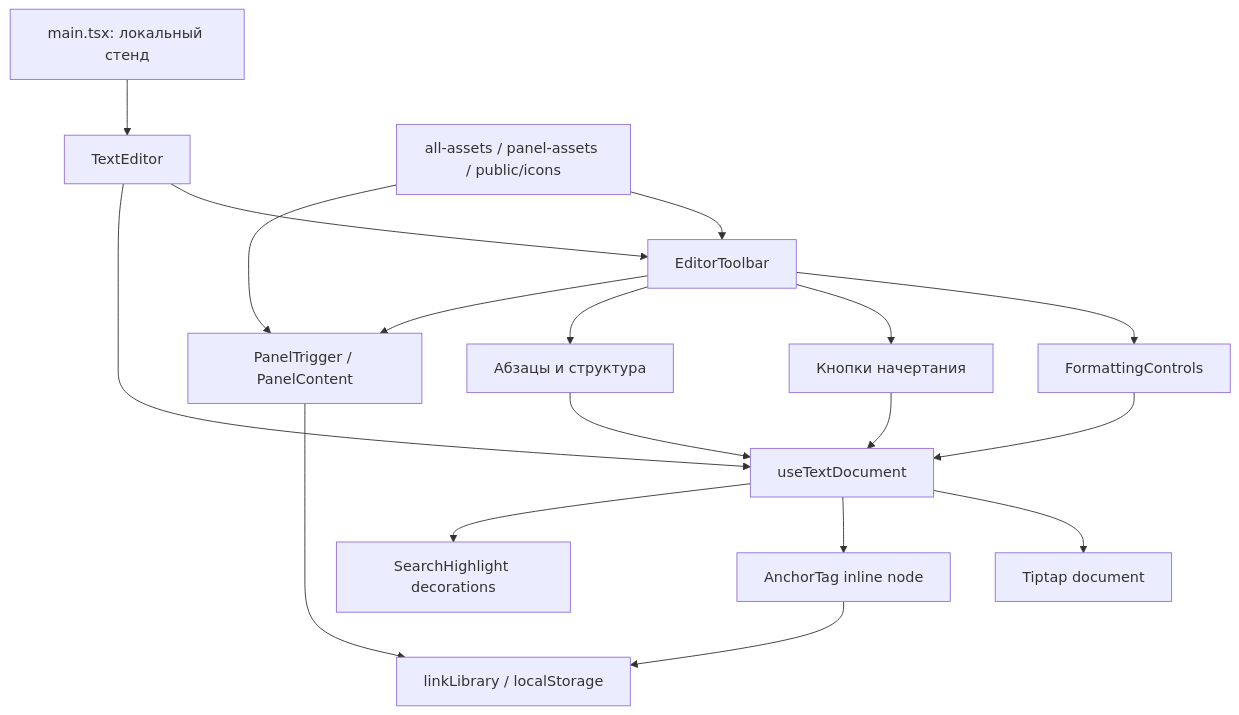
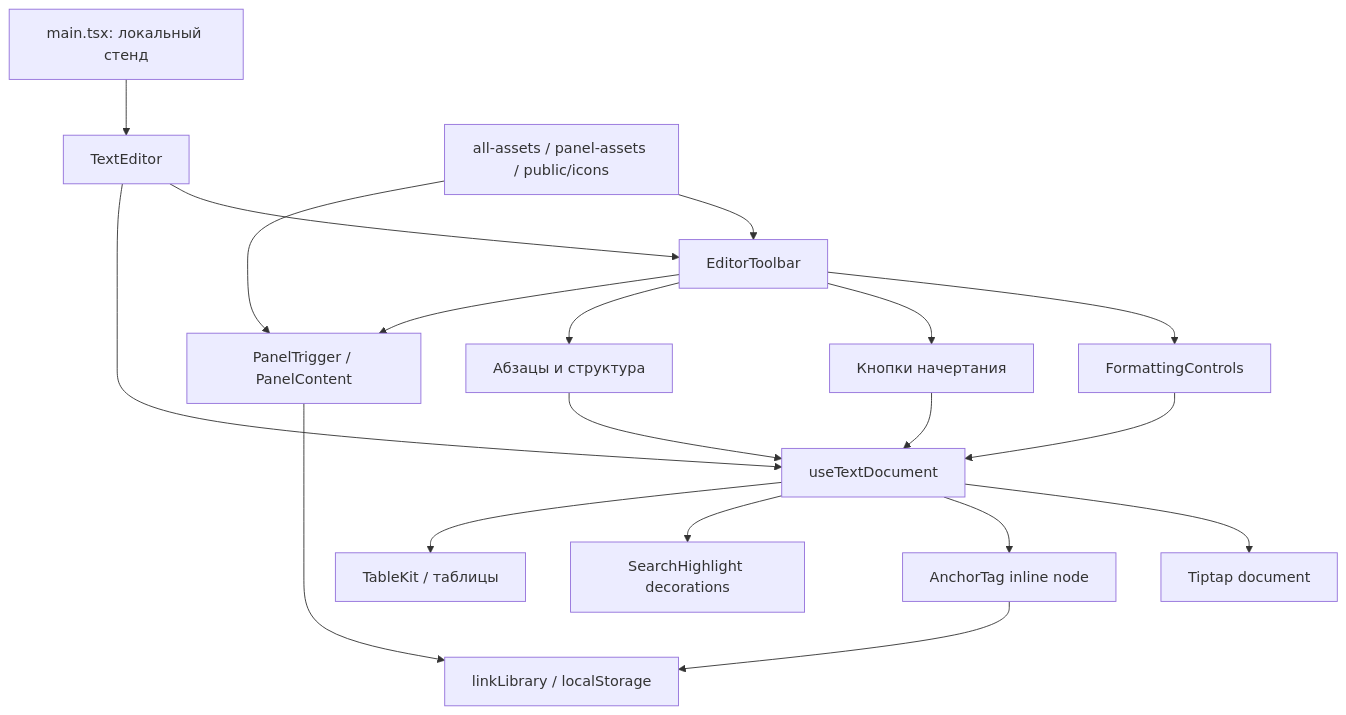
The diagram in Карта_Проекта.md (mishavorobyou-spec/b2b-text-editor), drawn with Mermaid before and after one commit. The commit also changed other lines of this file and 8 other files, not shown here.

````diff
--- a/Карта_Проекта.md
+++ b/Карта_Проекта.md
@@ -5,20 +5,21 @@
 ```mermaid
 flowchart TD
     Main[main.tsx: локальный стенд] --> Editor[TextEditor]
     Editor --> Toolbar[EditorToolbar]
     Editor --> Hook[useTextDocument]
     Hook --> Tiptap[Tiptap document]
     Hook --> AnchorTag[AnchorTag inline node]
     Hook --> Search[SearchHighlight decorations]
+    Hook --> Tables[TableKit / таблицы]
     Toolbar --> Formatting[FormattingControls]
     Toolbar --> Inline[Кнопки начертания]
     Toolbar --> Paragraphs[Абзацы и структура]
     Toolbar --> Panels[PanelTrigger / PanelContent]
     Panels --> Library[linkLibrary / localStorage]
     AnchorTag --> Library
     Formatting --> Hook
     Inline --> Hook
     Paragraphs --> Hook
     Assets[all-assets / panel-assets / public/icons] --> Toolbar
     Assets --> Panels
 ```
````
